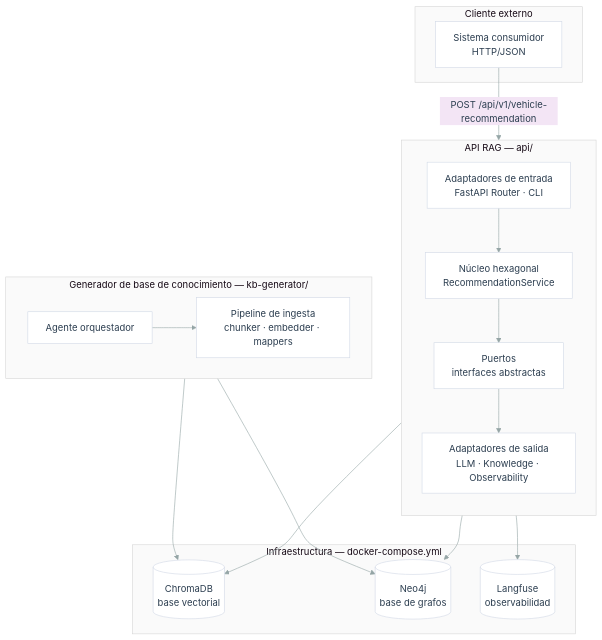
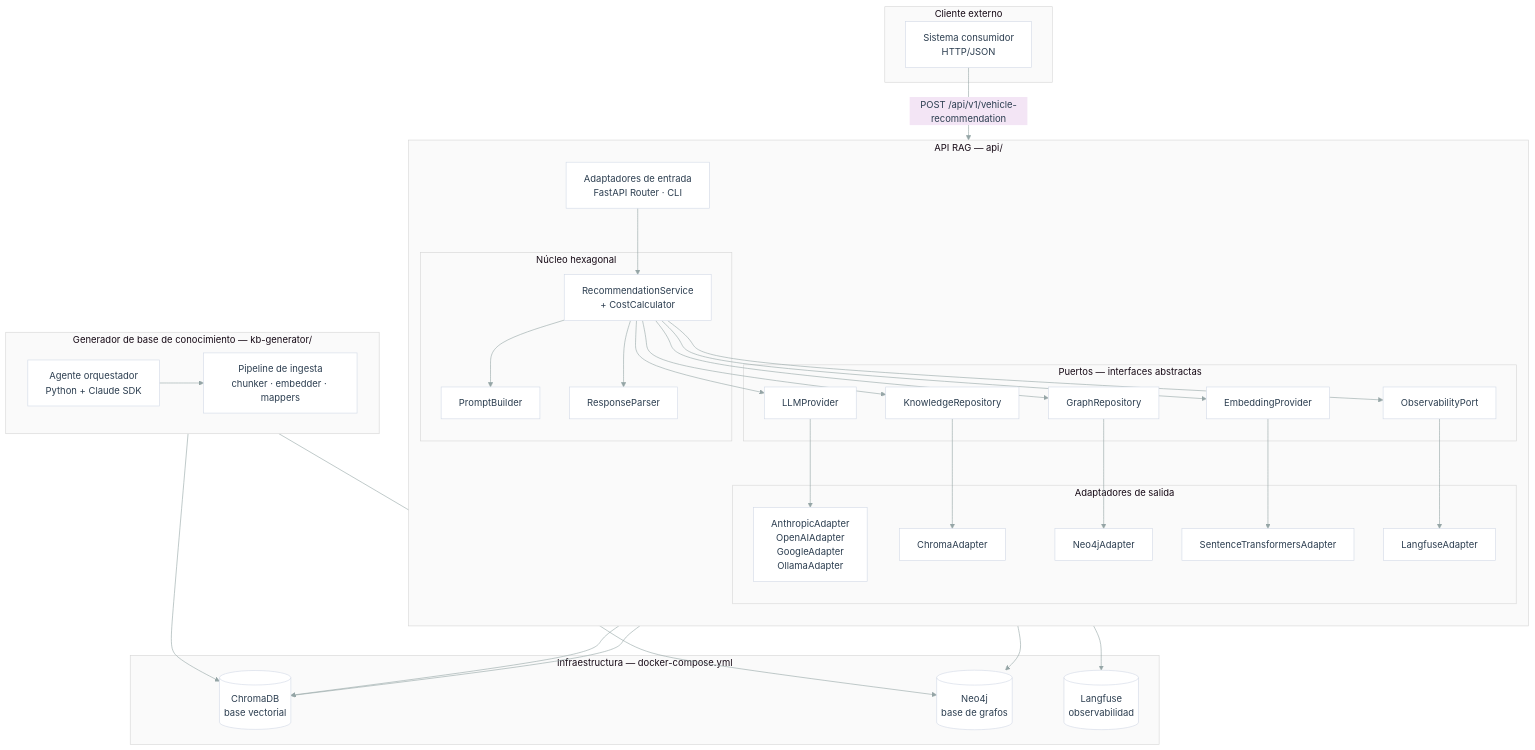
The first of 3 diagrams in docs/entrega_2/entrega_final_disenio_y_analisis.md (elizabethtrch/ST1701_dis-rag-vehicle-selection), drawn with Mermaid before and after one commit. The commit also changed other lines of this file, not shown here.

Commit message:
docs: corregir fidelidad técnica de los tres diagramas Mermaid
Figura 1 — Vista general (5/10 → ~9/10):
- Expandir núcleo hexagonal con RecommendationService+CostCalculator,
  PromptBuilder y ResponseParser como nodos explícitos
- Separar puertos: KnowledgeRepository, GraphRepository, LLMProvider,
  EmbeddingProvider, ObservabilityPort (refleja decisión de diseño Sección 2)
- Mostrar adaptadores individuales: 4 LLM, ChromaAdapter,
  SentenceTransformersAdapter, Neo4jAdapter, LangfuseAdapter
- Eliminar HybridGraphRagAdapter (no existe en el código)

Figura 2 — Pipeline de ingesta (7/10 → ~9/10):
- Mostrar EmbeddingProvider/SentenceTransformersAdapter como abstracción
  de puerto, no como dependencia directa del chunker
- Agregar metadatos de chunk (categoría · fuente · posición)
- Mostrar modelo de grafo Neo4j: (:Corredor)→(:Ciudad)→(:Departamento)
- Expandir entidades Neo4j: agregar Productos y Normativas

Figura 3 — Secuencia de inferencia (8.5/10 → ~10/10):
- Agregar paso de autenticación Bearer token (middleware en router.py:149)
- Agregar PromptBuilder.build() entre recuperación de contexto y LLM
- Agregar calcular_costo() después de ResponseParser.parse()

````diff
--- a/docs/entrega_2/entrega_final_disenio_y_analisis.md
+++ b/docs/entrega_2/entrega_final_disenio_y_analisis.md
@@ -78,51 +78,72 @@
 ```mermaid
 %%{init: {
   'theme': 'base',
   'themeVariables': {
     'primaryColor': '#e1f5fe',
     'primaryTextColor': '#2c3e50',
     'primaryBorderColor': '#b3e5fc',
     'lineColor': '#95a5a6',
     'secondaryColor': '#f3e5f5',
     'tertiaryColor': '#e8f5e9',
     'mainBkg': '#ffffff',
     'nodeBorder': '#d1d9e6',
     'clusterBkg': '#fafafa'
   }
 }}%%
 graph TB
     subgraph cliente["Cliente externo"]
         C[Sistema consumidor<br>HTTP/JSON]
     end
 
     subgraph api["API RAG  —  api/"]
         direction TB
         AE[Adaptadores de entrada<br>FastAPI Router · CLI]
-        NH[Núcleo hexagonal<br>RecommendationService]
-        PT[Puertos<br>interfaces abstractas]
-        AS[Adaptadores de salida<br>LLM · Knowledge · Observability]
+        subgraph nucleo["Núcleo hexagonal"]
+            RS[RecommendationService<br>+ CostCalculator]
+            PB[PromptBuilder]
+            RP[ResponseParser]
+        end
+        subgraph puertos["Puertos — interfaces abstractas"]
+            PK[KnowledgeRepository]
+            PG[GraphRepository]
+            PL[LLMProvider]
+            PE[EmbeddingProvider]
+            PO[ObservabilityPort]
+        end
+        subgraph adaptadores["Adaptadores de salida"]
+            ALLM[AnthropicAdapter<br>OpenAIAdapter<br>GoogleAdapter<br>OllamaAdapter]
+            AKV[ChromaAdapter]
+            AEM[SentenceTransformersAdapter]
+            AGR[Neo4jAdapter]
+            AOB[LangfuseAdapter]
+        end
     end
 
     subgraph kb["Generador de base de conocimiento  —  kb-generator/"]
         direction LR
-        AGENT[Agente orquestador]
+        AGENT[Agente orquestador<br>Python + Claude SDK]
         PIPE[Pipeline de ingesta<br>chunker · embedder · mappers]
     end
 
     subgraph infra["Infraestructura  —  docker-compose.yml"]
         CHROMA[(ChromaDB<br>base vectorial)]
         NEO[(Neo4j<br>base de grafos)]
         LANGFUSE[(Langfuse<br>observabilidad)]
     end
 
     C -->|"POST /api/v1/vehicle-recommendation"| AE
-    AE --> NH
-    NH --> PT
-    PT --> AS
-    AS --> CHROMA
-    AS --> NEO
-    AS --> LANGFUSE
+    AE --> RS
+    RS --> PB & RP
+    RS --> PK & PG & PL & PE & PO
+    PK --> AKV
+    PG --> AGR
+    PL --> ALLM
+    PE --> AEM
+    PO --> AOB
+    AKV & AEM --> CHROMA
+    AGR --> NEO
+    AOB --> LANGFUSE
     AGENT --> PIPE
     PIPE --> CHROMA
     PIPE --> NEO
 ```
````
